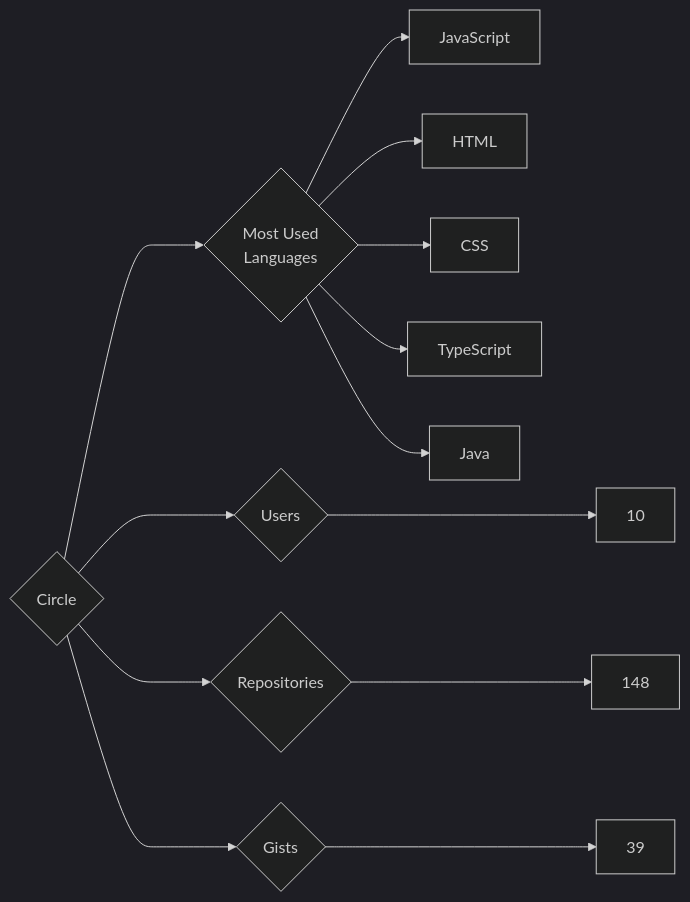
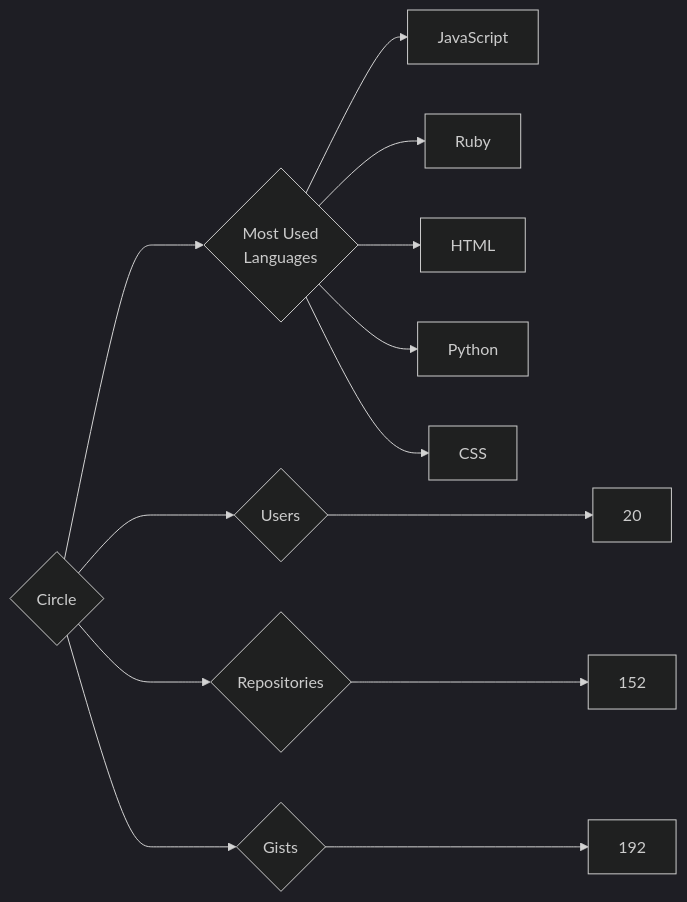
The diagram in targets/Circle/README.md (trickest/insiders), drawn with Mermaid (dark theme) before and after one commit. The commit also changed 682 other files, not shown here.

````diff
--- a/targets/Circle/README.md
+++ b/targets/Circle/README.md
@@ -3,13 +3,13 @@
 ```mermaid
 graph LR
 COMPANY_NAME{Circle}
-COMPANY_NAME ---> U{Users} ---> UN[10]
-COMPANY_NAME ---> R{Repositories} ---> RN[148]
-COMPANY_NAME ---> G{Gists} ---> GN[39]
+COMPANY_NAME ---> U{Users} ---> UN[20]
+COMPANY_NAME ---> R{Repositories} ---> RN[152]
+COMPANY_NAME ---> G{Gists} ---> GN[192]
 COMPANY_NAME ---> ML{Most Used<br>Languages}
 ML --> JavaScript[JavaScript]
+ML --> Ruby[Ruby]
 ML --> HTML[HTML]
+ML --> Python[Python]
 ML --> CSS[CSS]
-ML --> TypeScript[TypeScript]
-ML --> Java[Java]
 ```
````
